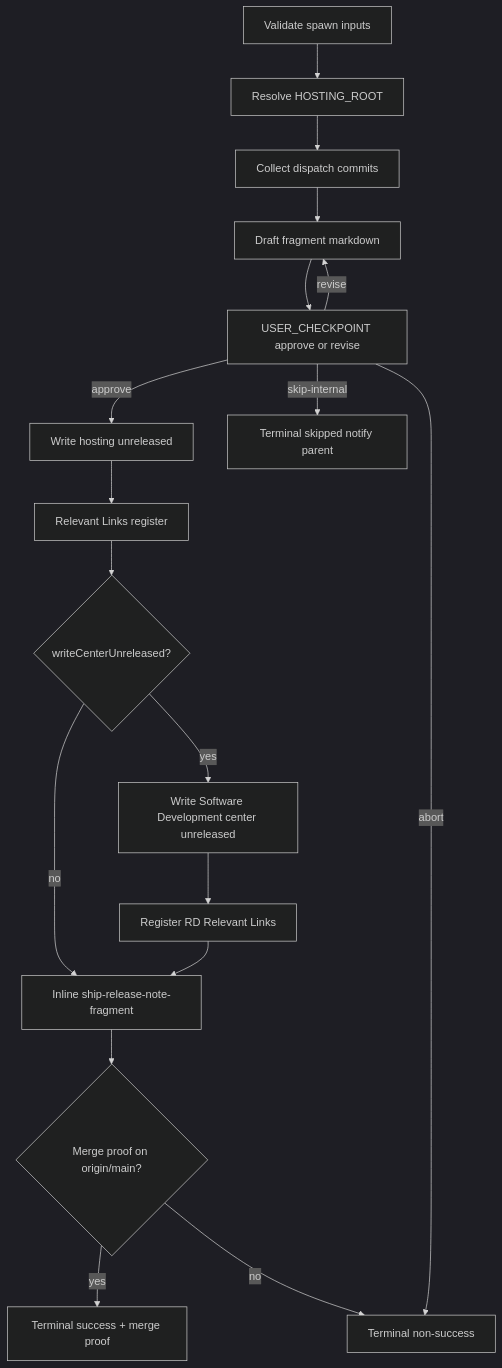
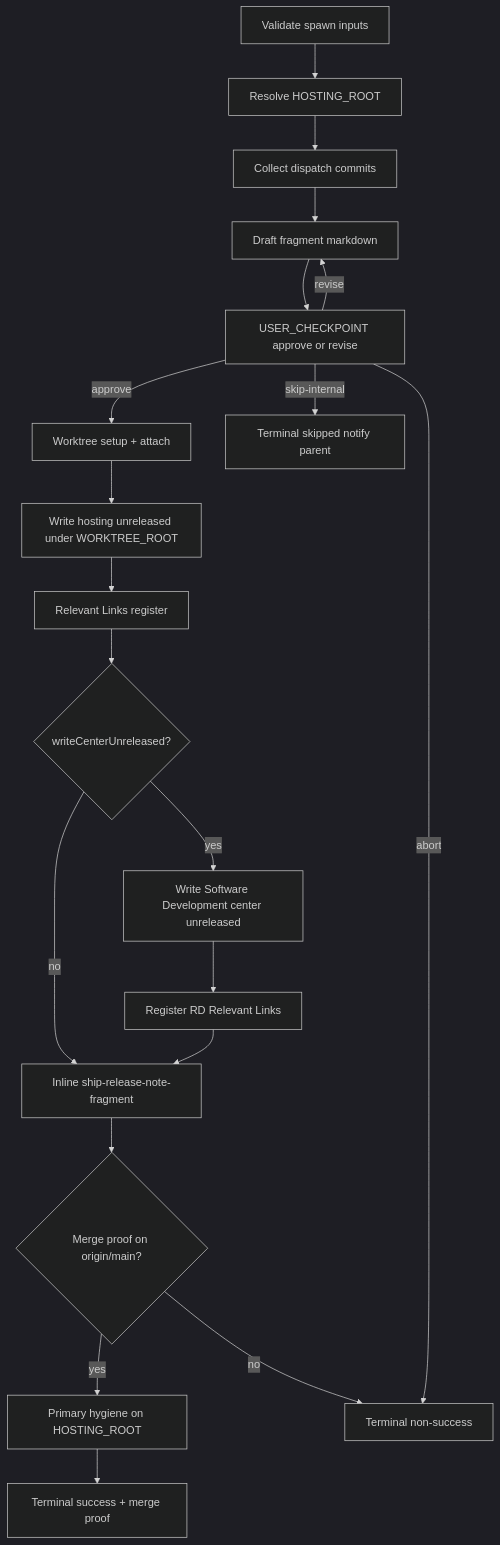
Before and after one commit to sedea-ai/software-development: the diagram in missions/plan-and-deliver/skills/capture-release-note/SKILL.md, drawn with Mermaid (dark theme). The commit also changed other lines of this file and 2 other files, not shown here.

First line of the commit message:
fix(plan-and-deliver): worktree-first release-note capture + primary hygiene

````diff
--- a/missions/plan-and-deliver/skills/capture-release-note/SKILL.md
+++ b/missions/plan-and-deliver/skills/capture-release-note/SKILL.md
@@ -132,20 +132,22 @@
 ```mermaid
 flowchart TD
   A[Validate spawn inputs] --> B[Resolve HOSTING_ROOT]
   B --> C[Collect dispatch commits]
   C --> D[Draft fragment markdown]
   D --> E[USER_CHECKPOINT approve or revise]
   E -->|revise| D
-  E -->|approve| F[Write hosting unreleased]
+  E -->|approve| W[Worktree setup + attach]
+  W --> F[Write hosting unreleased under WORKTREE_ROOT]
   F --> R[Relevant Links register]
   R --> G{writeCenterUnreleased?}
   G -->|yes| H[Write Software Development center unreleased]
   G -->|no| S[Inline ship-release-note-fragment]
   H --> R2[Register RD Relevant Links]
   R2 --> S
   S --> M{Merge proof on origin/main?}
-  M -->|yes| I[Terminal success + merge proof]
+  M -->|yes| P[Primary hygiene on HOSTING_ROOT]
+  P --> I[Terminal success + merge proof]
   M -->|no| J[Terminal non-success]
   E -->|skip-internal| K[Terminal skipped notify parent]
   E -->|abort| J
 ```
````
